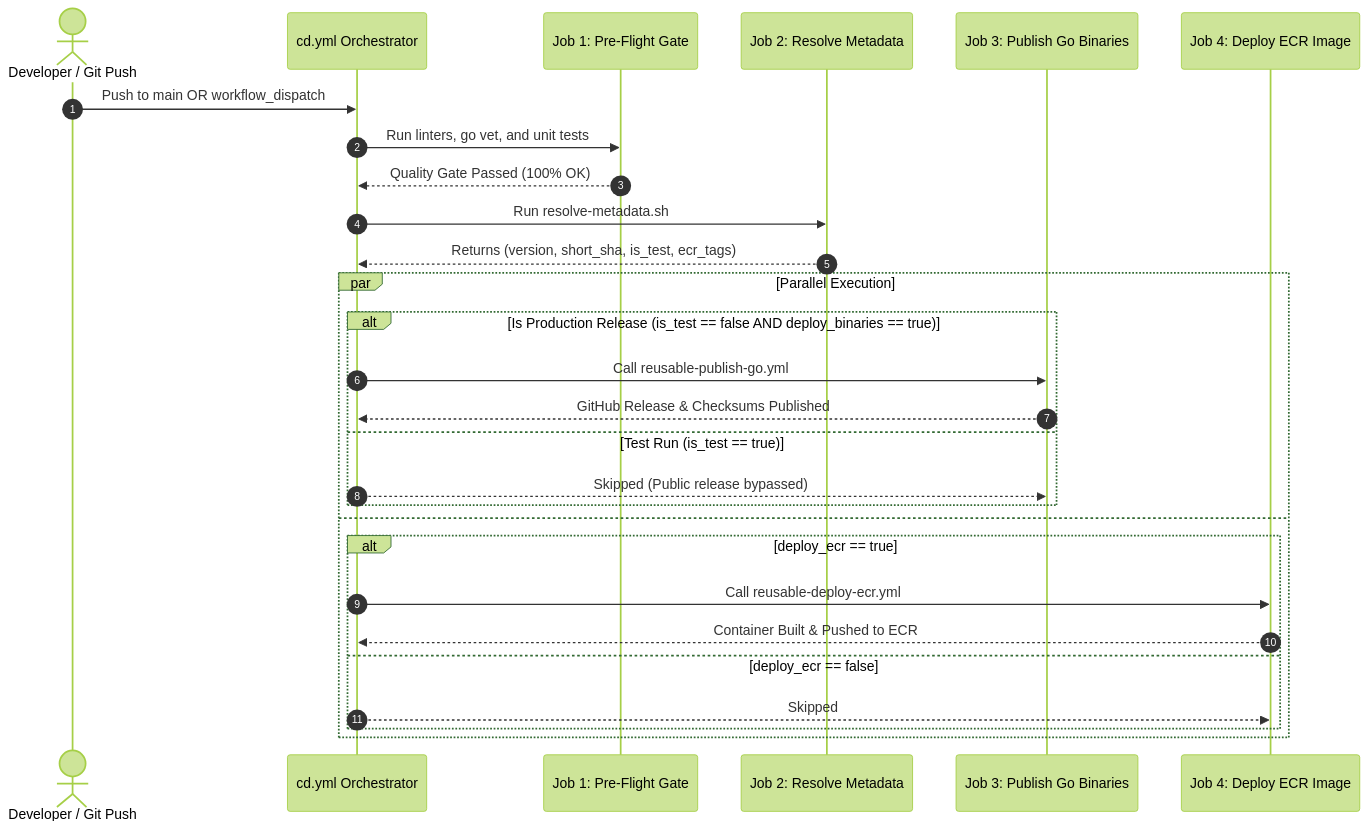
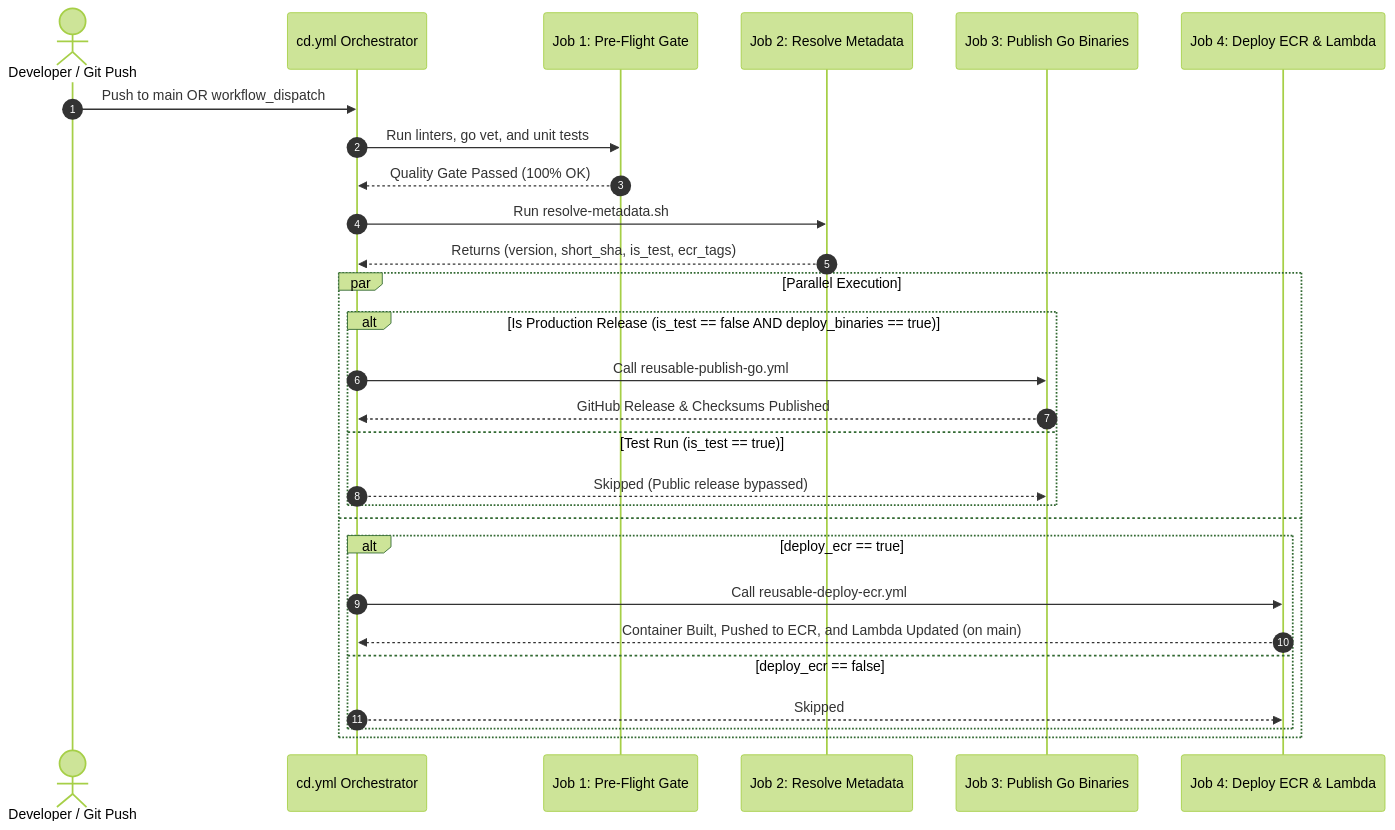
Before and after one commit to ajponte/babylon_data_loader: the third of 3 diagrams in docs/specs/continuous-delivery-pipeline.md, drawn with Mermaid (forest theme). The commit also changed other lines of this file and 5 other files, not shown here.

Commit message:
feat(cd): automate AWS Lambda continuous deployment on main merge (#25)

````diff
--- a/docs/specs/continuous-delivery-pipeline.md
+++ b/docs/specs/continuous-delivery-pipeline.md
@@ -359,33 +384,33 @@
 ```mermaid
 sequenceDiagram
     autonumber
     actor Dev as Developer / Git Push
     participant CD as cd.yml Orchestrator
     participant QG as Job 1: Pre-Flight Gate
     participant Meta as Job 2: Resolve Metadata
     participant GoPub as Job 3: Publish Go Binaries
-    participant ECRDep as Job 4: Deploy ECR Image
+    participant ECRDep as Job 4: Deploy ECR & Lambda
 
     Dev->>CD: Push to main OR workflow_dispatch
     CD->>QG: Run linters, go vet, and unit tests
     QG-->>CD: Quality Gate Passed (100% OK)
     
     CD->>Meta: Run resolve-metadata.sh
     Meta-->>CD: Returns (version, short_sha, is_test, ecr_tags)
 
     par Parallel Execution
         alt Is Production Release (is_test == false AND deploy_binaries == true)
             CD->>GoPub: Call reusable-publish-go.yml
             GoPub-->>CD: GitHub Release & Checksums Published
         else Test Run (is_test == true)
             CD-->>GoPub: Skipped (Public release bypassed)
         end
     and
         alt deploy_ecr == true
             CD->>ECRDep: Call reusable-deploy-ecr.yml
-            ECRDep-->>CD: Container Built & Pushed to ECR
+            ECRDep-->>CD: Container Built, Pushed to ECR, and Lambda Updated (on main)
         else deploy_ecr == false
             CD-->>ECRDep: Skipped
         end
     end
 ```
````
